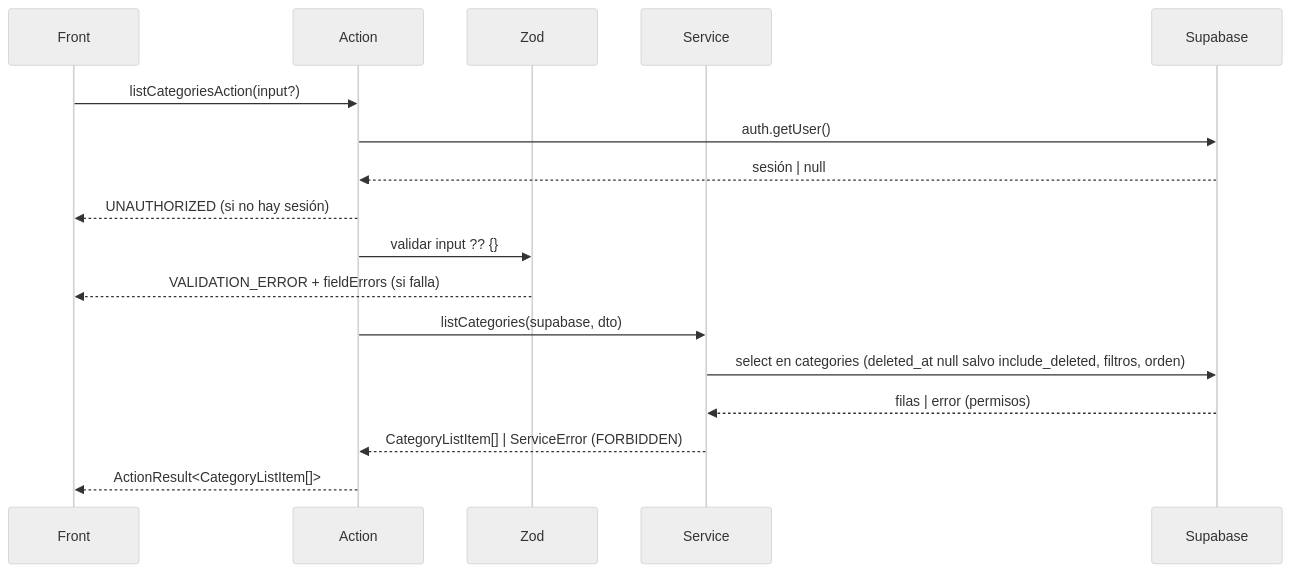
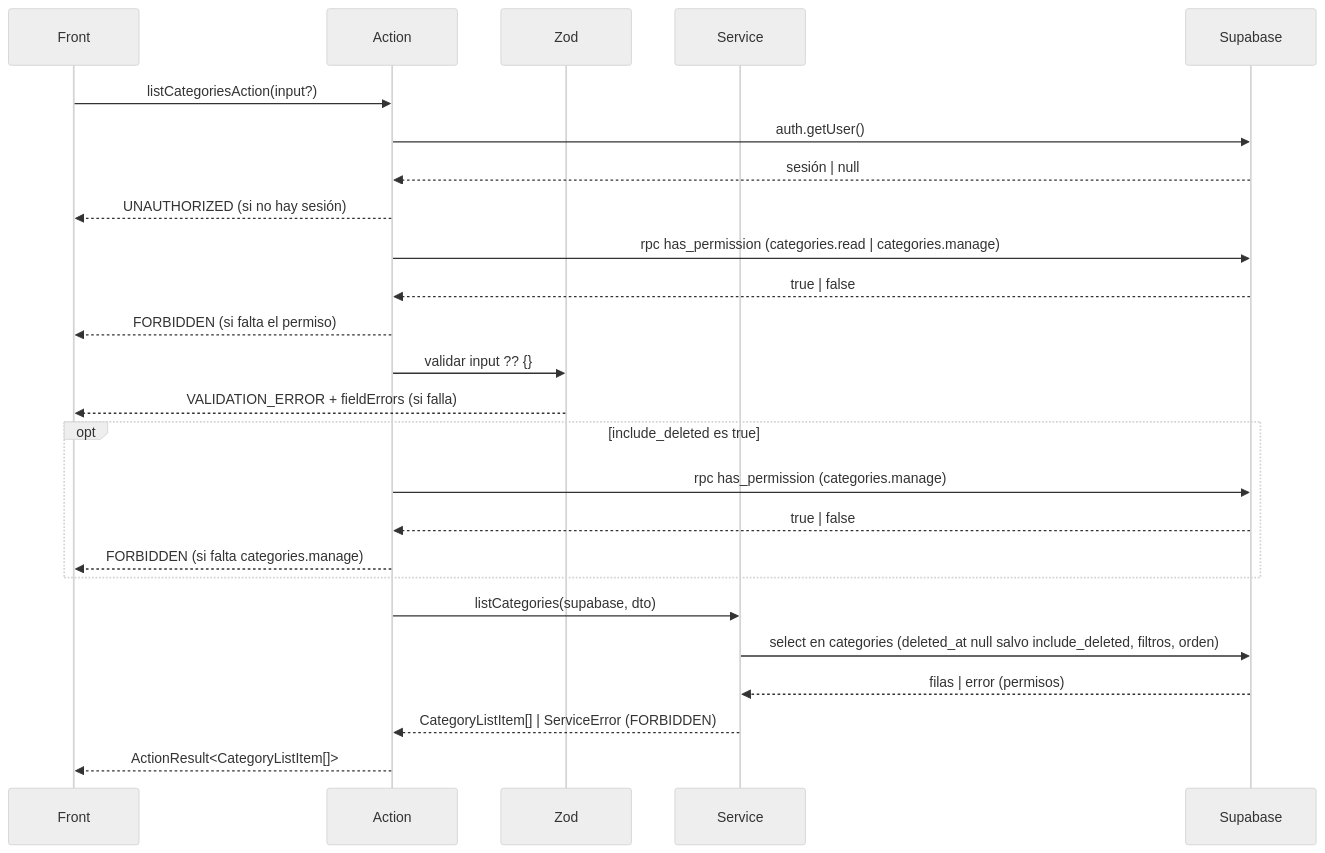
The diagram in docs/contracts/categories/Contract_listCategories.md (Programati/restoDev), drawn with Mermaid (neutral theme) before and after one commit. The commit also changed other lines of this file and 90 other files, not shown here.

````diff
--- a/docs/contracts/categories/Contract_listCategories.md
+++ b/docs/contracts/categories/Contract_listCategories.md
@@ -125,19 +126,27 @@
 ```mermaid
 sequenceDiagram
   participant Front
   participant Action
   participant Zod
   participant Service
   participant Supabase
   Front->>Action: listCategoriesAction(input?)
   Action->>Supabase: auth.getUser()
   Supabase-->>Action: sesión | null
   Action-->>Front: UNAUTHORIZED (si no hay sesión)
+  Action->>Supabase: rpc has_permission (categories.read | categories.manage)
+  Supabase-->>Action: true | false
+  Action-->>Front: FORBIDDEN (si falta el permiso)
   Action->>Zod: validar input ?? {}
   Zod-->>Front: VALIDATION_ERROR + fieldErrors (si falla)
+  opt include_deleted es true
+    Action->>Supabase: rpc has_permission (categories.manage)
+    Supabase-->>Action: true | false
+    Action-->>Front: FORBIDDEN (si falta categories.manage)
+  end
   Action->>Service: listCategories(supabase, dto)
   Service->>Supabase: select en categories (deleted_at null salvo include_deleted, filtros, orden)
   Supabase-->>Service: filas | error (permisos)
   Service-->>Action: CategoryListItem[] | ServiceError (FORBIDDEN)
   Action-->>Front: ActionResult<CategoryListItem[]>
 ```
````
